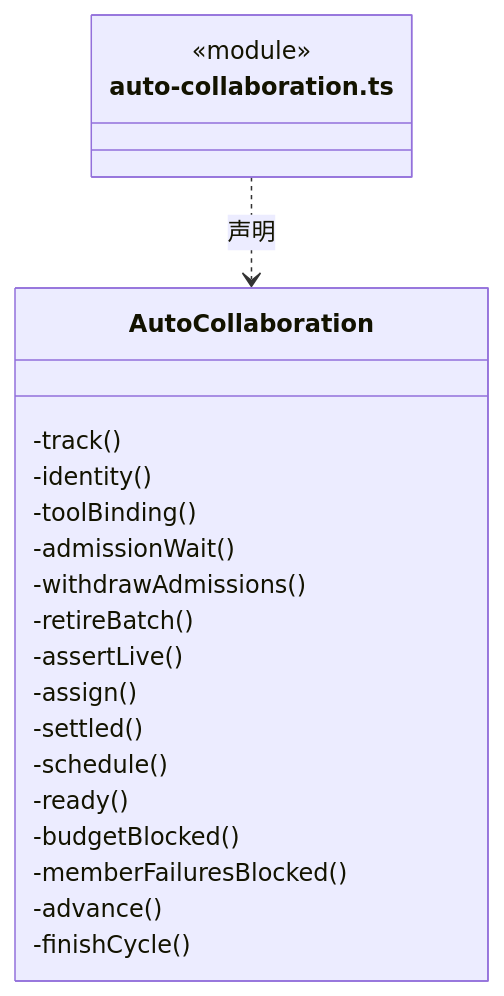
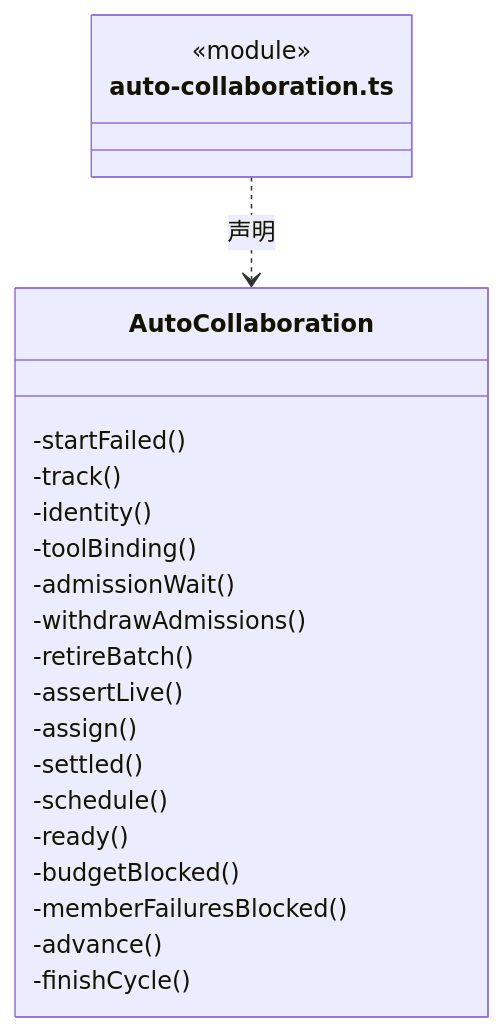
Before and after one commit to nan023062/cbim: the fourth of 15 diagrams in src/logic/dispatch/runtime/ARCHITECTURE.md, drawn with Mermaid. The commit also changed other lines of this file and 50 other files, not shown here.

````diff
--- a/src/logic/dispatch/runtime/ARCHITECTURE.md
+++ b/src/logic/dispatch/runtime/ARCHITECTURE.md
@@ -145,24 +146,25 @@
 ```mermaid
 classDiagram
 class N_src_logic_dispatch_runtime_auto_collaboration_ts["auto-collaboration.ts"] {
   <<module>>
 }
 class N_src_logic_dispatch_runtime_auto_collaboration_ts_AutoCollaboration["AutoCollaboration"] {
+  -startFailed()
   -track()
   -identity()
   -toolBinding()
   -admissionWait()
   -withdrawAdmissions()
   -retireBatch()
   -assertLive()
   -assign()
   -settled()
   -schedule()
   -ready()
   -budgetBlocked()
   -memberFailuresBlocked()
   -advance()
   -finishCycle()
 }
 N_src_logic_dispatch_runtime_auto_collaboration_ts ..> N_src_logic_dispatch_runtime_auto_collaboration_ts_AutoCollaboration : 声明
 ```
````
